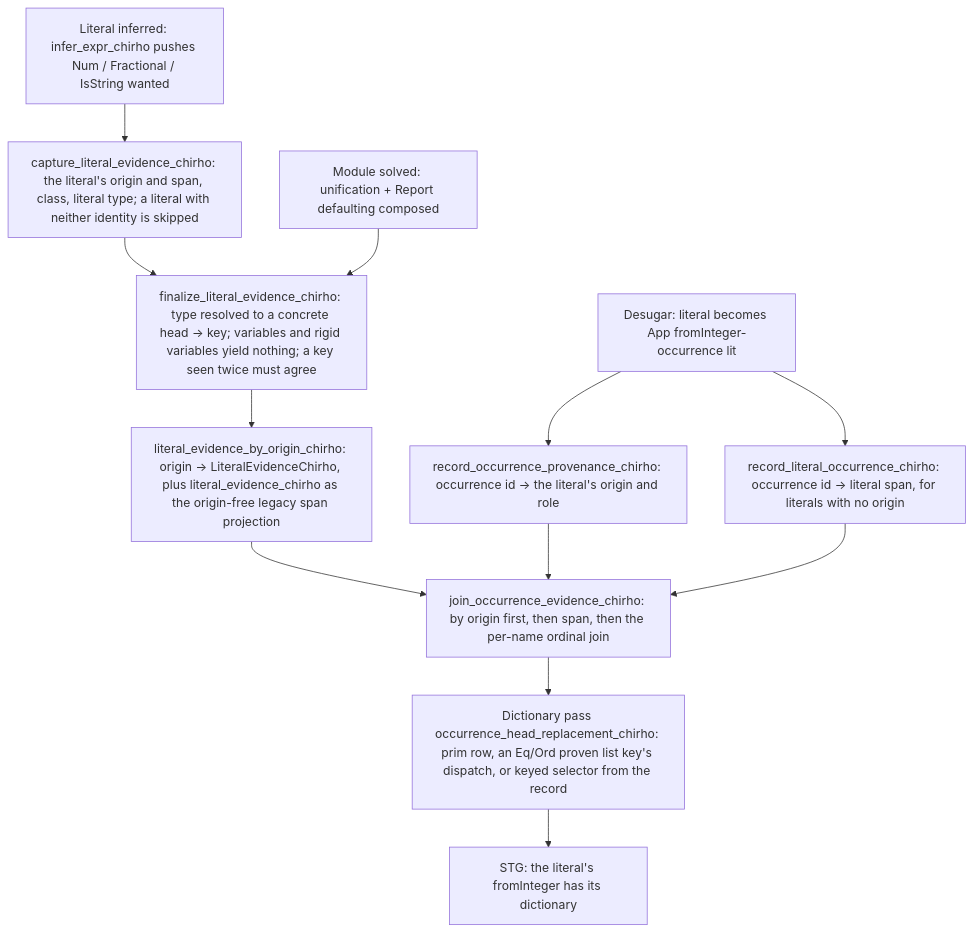
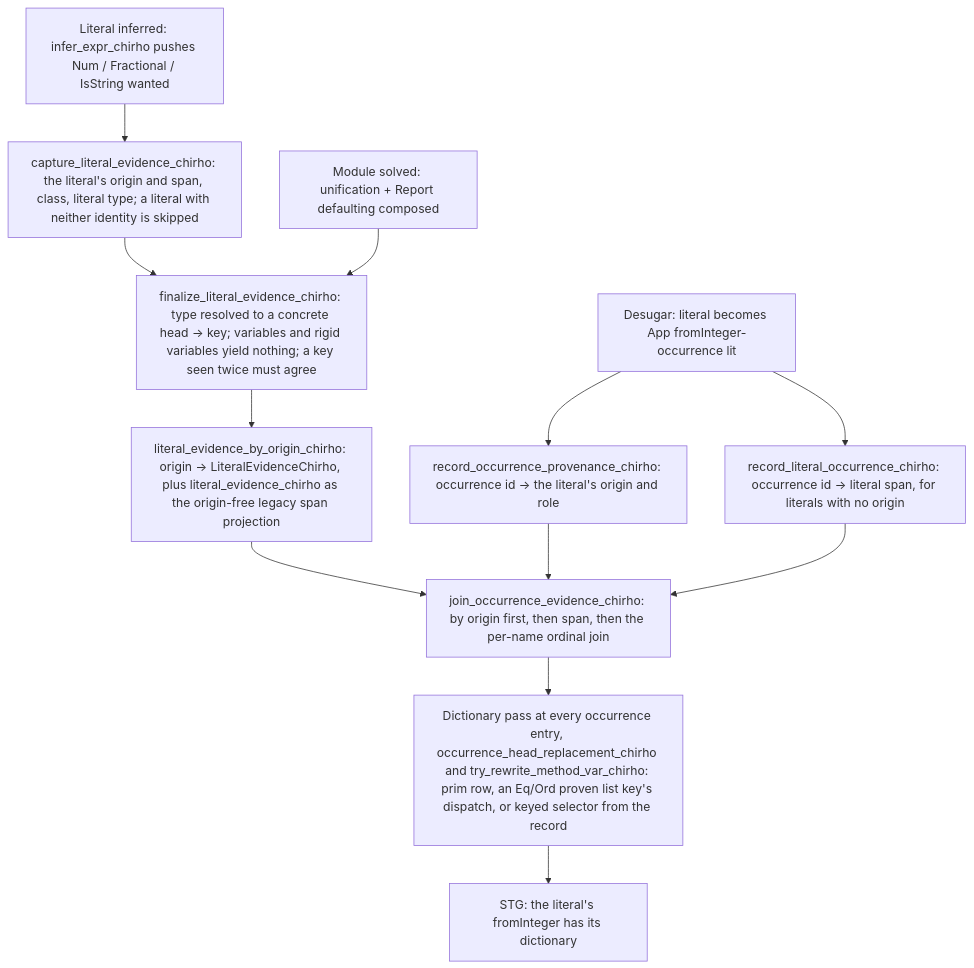
Before and after one commit to loveJesus/haskelujah-chirho: the first of 7 diagrams in spec-chirho/workflows-chirho/language-features-chirho/dictionary-evidence-chirho.md, drawn with Mermaid. The commit also changed other lines of this file and 2 other files, not shown here.

First line of the commit message:
fix(dict): every method-occurrence entry shares R2's proven-list dispatch

````diff
--- a/spec-chirho/workflows-chirho/language-features-chirho/dictionary-evidence-chirho.md
+++ b/spec-chirho/workflows-chirho/language-features-chirho/dictionary-evidence-chirho.md
@@ -12,17 +12,17 @@
 ```mermaid
 flowchart TD
     lit_chirho[Literal inferred: infer_expr_chirho pushes Num / Fractional / IsString wanted]
     lit_chirho --> capture_chirho[capture_literal_evidence_chirho: the literal's origin and span, class, literal type; a literal with neither identity is skipped]
     solve_chirho[Module solved: unification + Report defaulting composed]
     capture_chirho --> finalize_chirho[finalize_literal_evidence_chirho: type resolved to a concrete head → key; variables and rigid variables yield nothing; a key seen twice must agree]
     solve_chirho --> finalize_chirho
     finalize_chirho --> result_chirho[literal_evidence_by_origin_chirho: origin → LiteralEvidenceChirho, plus literal_evidence_chirho as the origin-free legacy span projection]
     desugar_chirho[Desugar: literal becomes App fromInteger-occurrence lit]
     desugar_chirho --> prov_chirho[record_occurrence_provenance_chirho: occurrence id → the literal's origin and role]
     desugar_chirho --> spans_chirho[record_literal_occurrence_chirho: occurrence id → literal span, for literals with no origin]
     result_chirho --> join_chirho[join_occurrence_evidence_chirho: by origin first, then span, then the per-name ordinal join]
     prov_chirho --> join_chirho
     spans_chirho --> join_chirho
-    join_chirho --> pass_chirho[Dictionary pass occurrence_head_replacement_chirho: prim row, an Eq/Ord proven list key's dispatch, or keyed selector from the record]
+    join_chirho --> pass_chirho[Dictionary pass at every occurrence entry, occurrence_head_replacement_chirho and try_rewrite_method_var_chirho: prim row, an Eq/Ord proven list key's dispatch, or keyed selector from the record]
     pass_chirho --> stg_chirho[STG: the literal's fromInteger has its dictionary]
 ```
````
